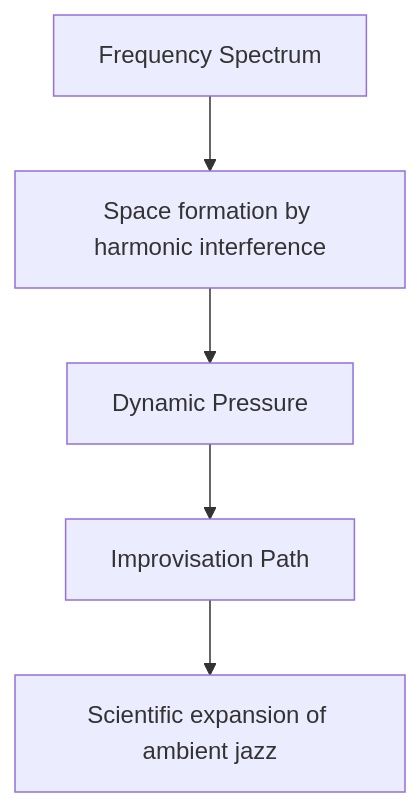
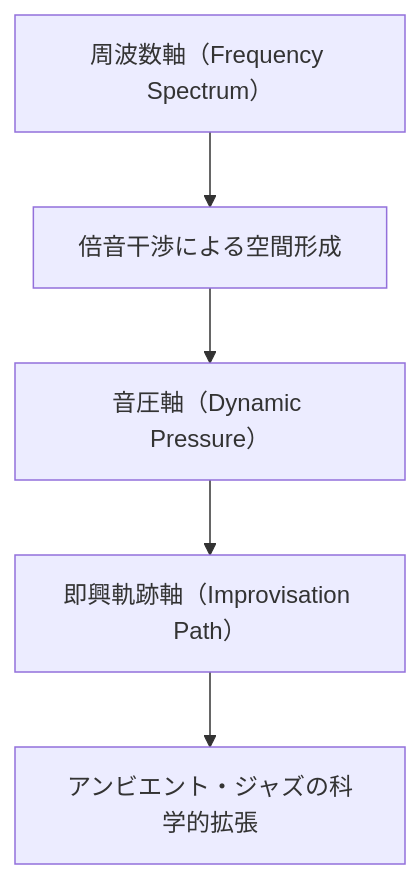
Before and after one commit to monumental-movement/monumental-movement.github.io: the first of 2 diagrams in en/_posts/2025-10-29-column-floating-points.md, drawn with Mermaid. The commit also changed other lines of this file and 1701 other files, not shown here.

```diff
--- a/en/_posts/2025-10-29-column-floating-points.md
+++ b/en/_posts/2025-10-29-column-floating-points.md
@@ -84,10 +81,9 @@
 <div class="mermaid">
 
 graph TD
-A["Frequency Spectrum"] --> B["Space formation by harmonic interference"]
-B --> C["Dynamic Pressure"]
-C --> D["Improvisation Path"]
-D --> E["Scientific expansion of ambient jazz"]
-
+    A["周波数軸（Frequency Spectrum）"] --> B["倍音干渉による空間形成"]
+    B --> C["音圧軸（Dynamic Pressure）"]
+    C --> D["即興軌跡軸（Improvisation Path）"]
+    D --> E["アンビエント・ジャズの科学的拡張"]
 
 </div>
```
